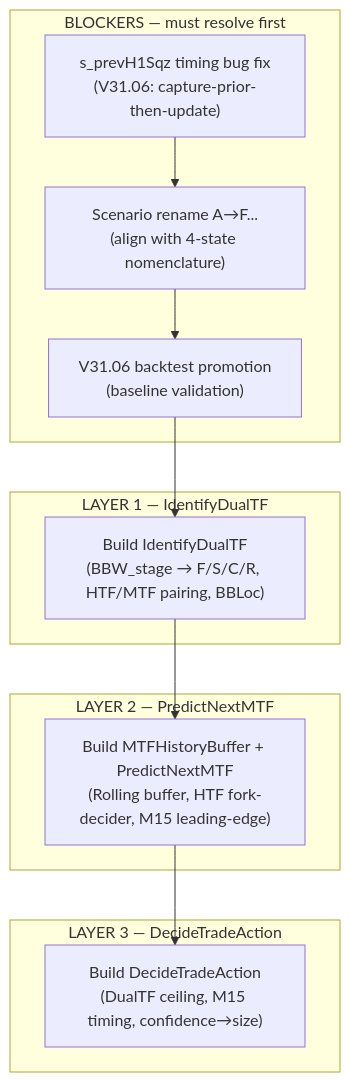
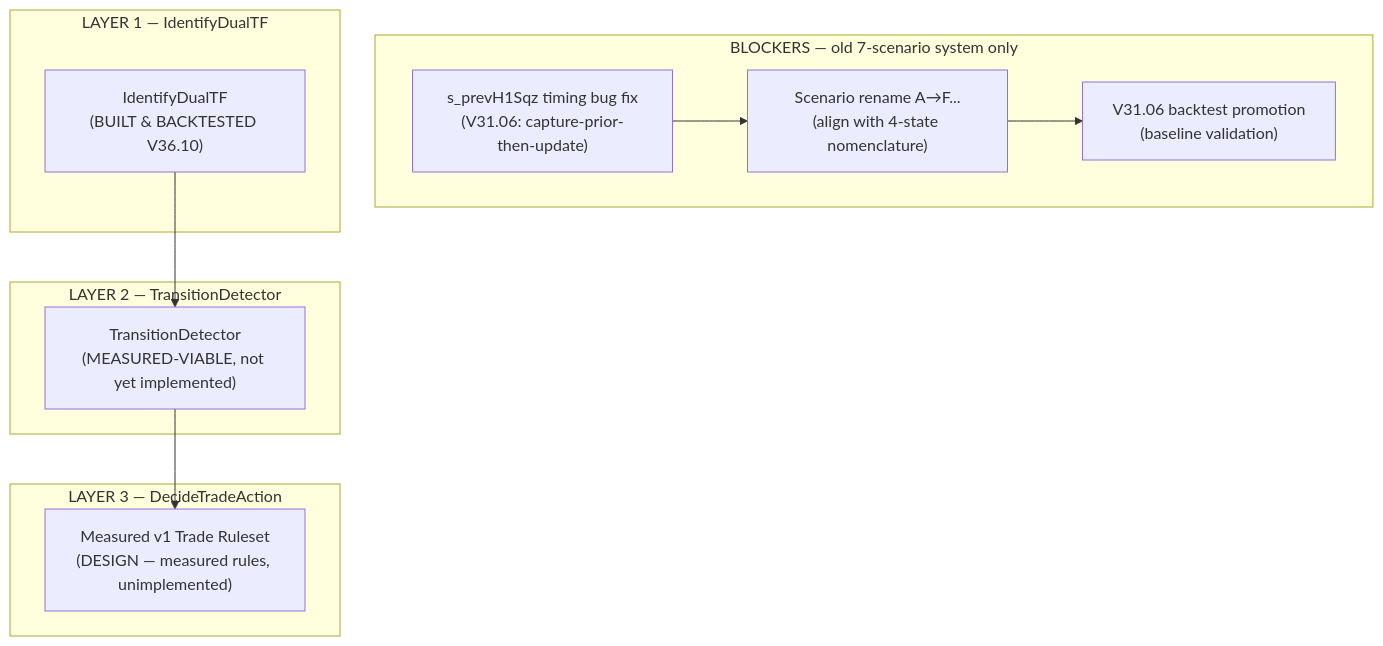
One commit to Terrypang89/BB_MTF_M15_STRATEGY changed the tenth of 10 diagrams in references/DUALTF_ARCHITECTURE.md. Above: the diagram before and after it, drawn with Mermaid. The commit also changed other lines of this file and 1 other file, not shown here.

First line of the commit message:
Update DUALTF_ARCHITECTURE to match measured reality

````diff
--- a/references/DUALTF_ARCHITECTURE.md
+++ b/references/DUALTF_ARCHITECTURE.md
@@ -901,22 +553,23 @@
 ```mermaid
 flowchart TD
-    subgraph BLOCKERS["BLOCKERS — must resolve first"]
+    subgraph BLOCKERS["BLOCKERS — old 7-scenario system only"]
         B1["s_prevH1Sqz timing bug fix\n(V31.06: capture-prior-then-update)"]
         B2["Scenario rename A→F...\n(align with 4-state nomenclature)"]
         B3["V31.06 backtest promotion\n(baseline validation)"]
     end
 
     subgraph LAYER1["LAYER 1 — IdentifyDualTF"]
-        P3["Build IdentifyDualTF\n(BBW_stage → F/S/C/R, HTF/MTF pairing, BBLoc)"]
+        P3["IdentifyDualTF\n(BUILT & BACKTESTED V36.10)"]
     end
 
-    subgraph LAYER2["LAYER 2 — PredictNextMTF"]
-        P4["Build MTFHistoryBuffer + PredictNextMTF\n(Rolling buffer, HTF fork-decider, M15 leading-edge)"]
+    subgraph LAYER2["LAYER 2 — TransitionDetector"]
+        P4["TransitionDetector\n(MEASURED-VIABLE, not yet implemented)"]
     end
 
     subgraph LAYER3["LAYER 3 — DecideTradeAction"]
-        P5["Build DecideTradeAction\n(DualTF ceiling, M15 timing, confidence→size)"]
+        P5["Measured v1 Trade Ruleset\n(DESIGN — measured rules, unimplemented)"]
     end
 
-    B1 --> B2 --> B3 --> P3 --> P4 --> P5
+    B1 --> B2 --> B3
+    P3 --> P4 --> P5
 ```
````
